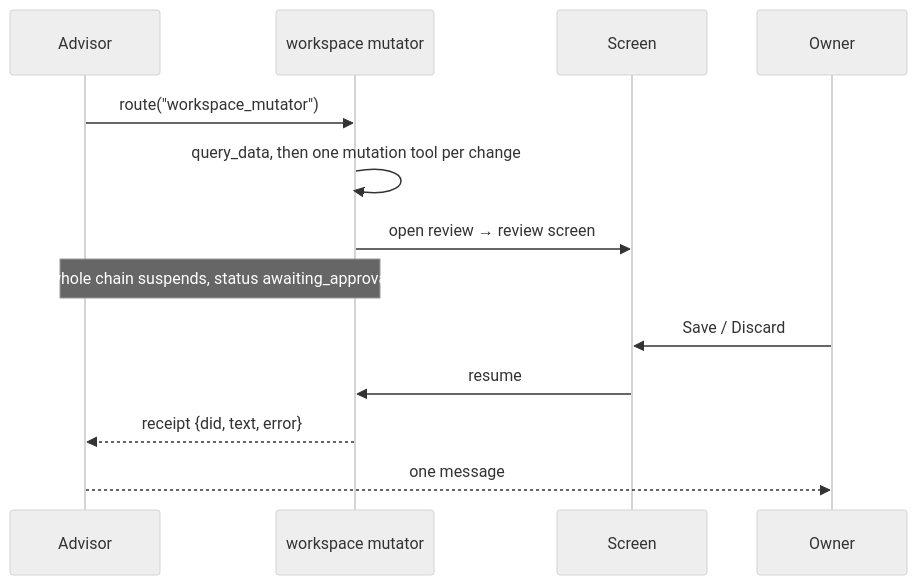
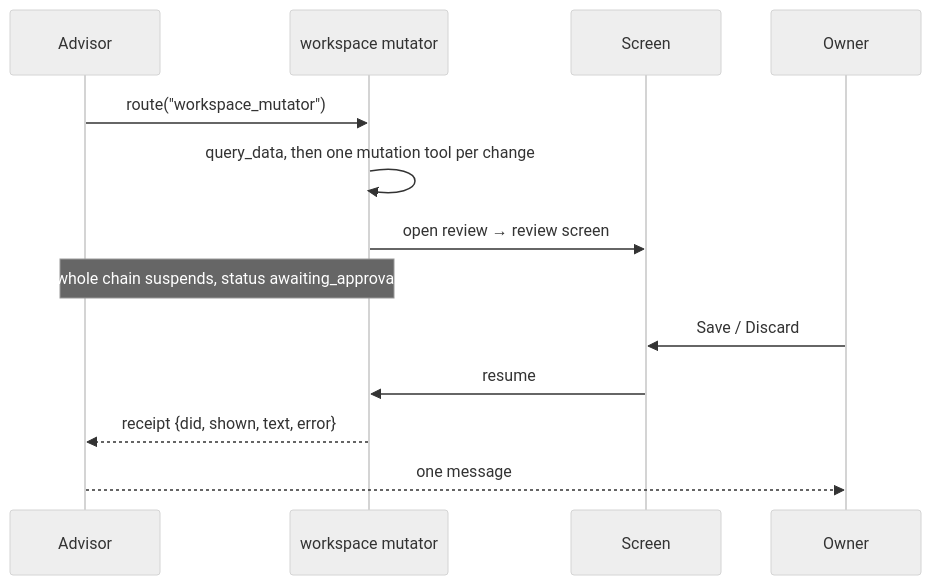
Before and after one commit to myvaheed/tg-ai-safwa: the sixth of 13 diagrams in docs/AGENT_ARCH.md, drawn with Mermaid (neutral theme). The commit also changed other lines of this file and 64 other files, not shown here.

````diff
--- a/docs/AGENT_ARCH.md
+++ b/docs/AGENT_ARCH.md
@@ -287,15 +290,15 @@
 ```mermaid
 sequenceDiagram
     participant A as Advisor
     participant B as workspace mutator
     participant S as Screen
     participant O as Owner
     A->>B: route("workspace_mutator")
     B->>B: query_data, then one mutation tool per change
     B->>S: open review → review screen
     Note over A,B: whole chain suspends, status awaiting_approval
     O->>S: Save / Discard
     S->>B: resume
-    B-->>A: receipt {did, text, error}
+    B-->>A: receipt {did, shown, text, error}
     A-->>O: one message
 ```
````
